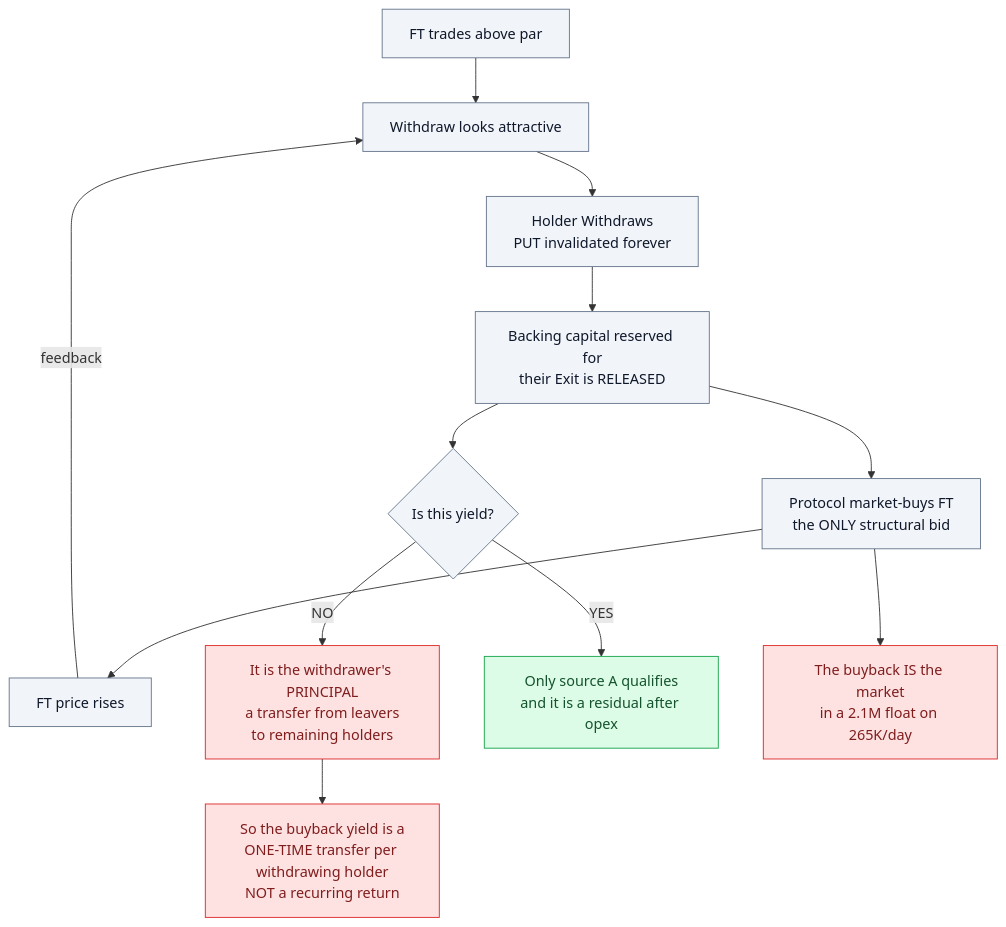
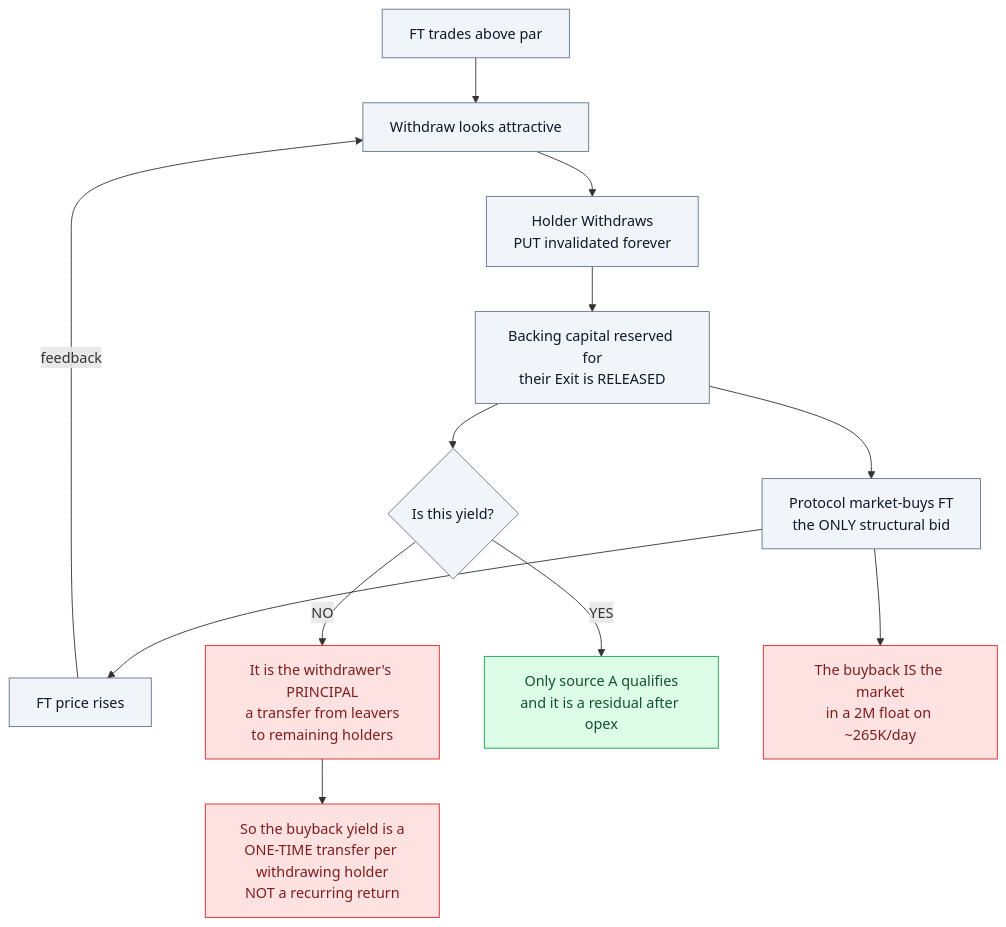
The third of 10 diagrams in findings/03-economics-high-yield.md (m0n3r0/flying-tulip-audit), drawn with Mermaid before and after one commit. The commit also changed other lines of this file and 5 other files, not shown here.

````diff
--- a/findings/03-economics-high-yield.md
+++ b/findings/03-economics-high-yield.md
@@ -153,26 +164,26 @@
 ```mermaid
 flowchart TB
     P1["FT trades above par"]
     P1 --> P2["Withdraw looks attractive"]
     P2 --> P3["Holder Withdraws<br/>PUT invalidated forever"]
     P3 --> P4["Backing capital reserved for<br/>their Exit is RELEASED"]
     P4 --> P5["Protocol market-buys FT<br/>the ONLY structural bid"]
     P5 --> P6["FT price rises"]
     P6 -->|"feedback"| P2
 
     P4 --> SRC{"Is this yield?"}
     SRC -->|"NO"| PRIN["It is the withdrawer's PRINCIPAL<br/>a transfer from leavers<br/>to remaining holders"]
     SRC -->|"YES"| YLD["Only source A qualifies<br/>and it is a residual after opex"]
 
     PRIN --> ONCE["So the buyback yield is a<br/>ONE-TIME transfer per withdrawing holder<br/>NOT a recurring return"]
 
-    P5 --> BID["The buyback IS the market<br/>in a 2.1M float on 265K/day"]
+    P5 --> BID["The buyback IS the market<br/>in a 2M float on ~265K/day"]
 
     classDef warn fill:#fef3c7,stroke:#d97706,color:#78350f
     classDef bad fill:#fee2e2,stroke:#dc2626,color:#7f1d1d
     classDef good fill:#dcfce7,stroke:#16a34a,color:#14532d
     classDef neutral fill:#f1f5f9,stroke:#64748b,color:#0f172a
     class P1,P2,P3,P4,P5,P6,SRC neutral
     class PRIN,ONCE,BID bad
     class YLD good
 ```
````
